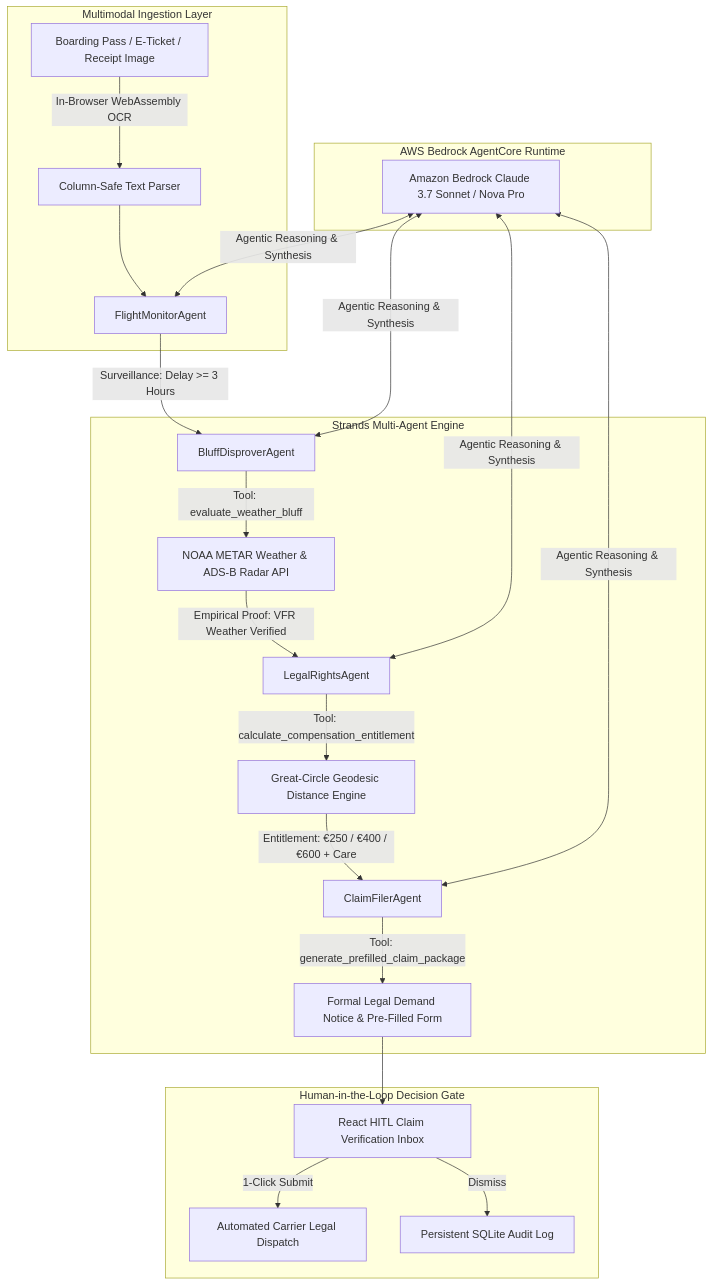
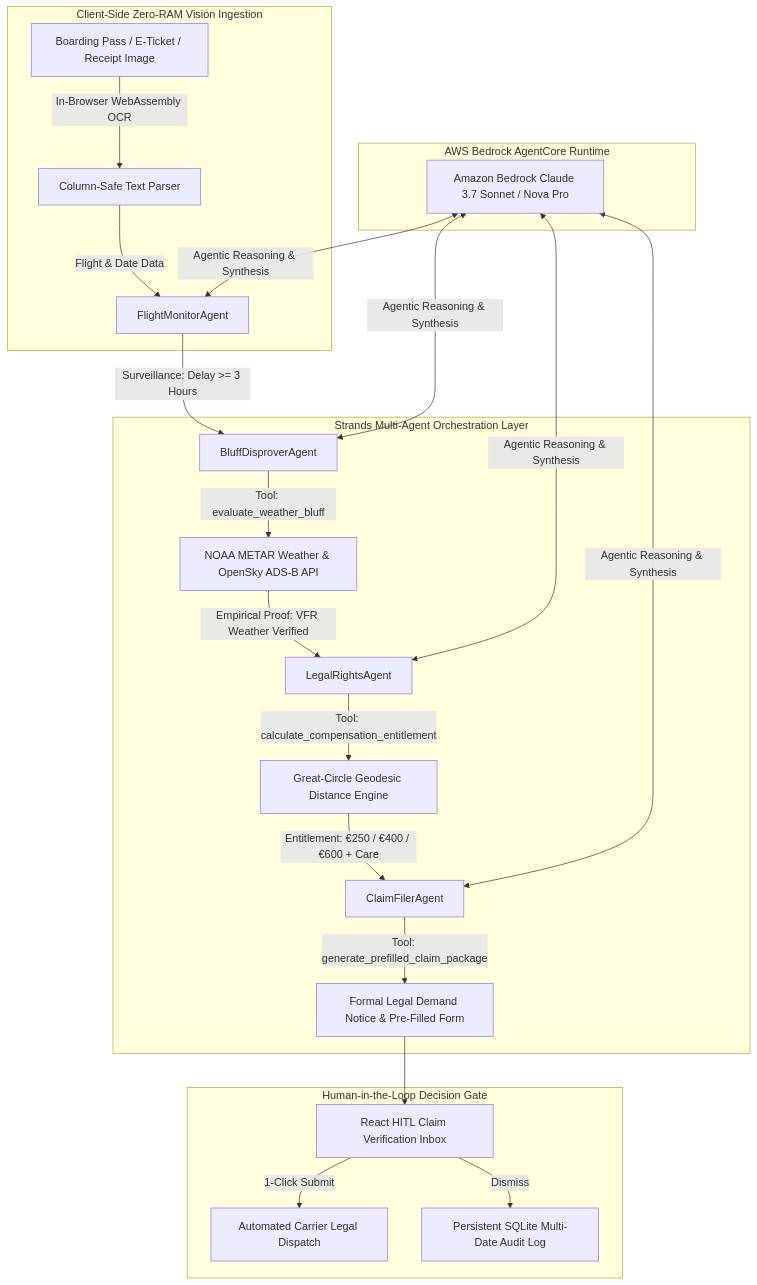
Before and after one commit to barnabas47/OmniClaim-AI: the diagram in README.md, drawn with Mermaid. The commit also changed other lines of this file and 1 other file, not shown here.

````diff
--- a/README.md
+++ b/README.md
@@ -51,29 +115,29 @@
 ```mermaid
 graph TD
-    subgraph "Multimodal Ingestion Layer"
-        A[Boarding Pass / E-Ticket / Receipt Image] -->|In-Browser WebAssembly OCR| B[Column-Safe Text Parser]
-        B --> C[FlightMonitorAgent]
+    subgraph "Client-Side Zero-RAM Vision Ingestion"
+        A["Boarding Pass / E-Ticket / Receipt Image"] -->|In-Browser WebAssembly OCR| B["Column-Safe Text Parser"]
+        B -->|Flight & Date Data| C["FlightMonitorAgent"]
     end
 
-    subgraph "Strands Multi-Agent Engine"
-        C -->|Surveillance: Delay >= 3 Hours| D[BluffDisproverAgent]
-        D -->|Tool: evaluate_weather_bluff| E[NOAA METAR Weather & ADS-B Radar API]
-        E -->|Empirical Proof: VFR Weather Verified| F[LegalRightsAgent]
-        F -->|Tool: calculate_compensation_entitlement| G[Great-Circle Geodesic Distance Engine]
-        G -->|Entitlement: €250 / €400 / €600 + Care| H[ClaimFilerAgent]
-        H -->|Tool: generate_prefilled_claim_package| I[Formal Legal Demand Notice & Pre-Filled Form]
+    subgraph "Strands Multi-Agent Orchestration Layer"
+        C -->|Surveillance: Delay >= 3 Hours| D["BluffDisproverAgent"]
+        D -->|Tool: evaluate_weather_bluff| E["NOAA METAR Weather & OpenSky ADS-B API"]
+        E -->|Empirical Proof: VFR Weather Verified| F["LegalRightsAgent"]
+        F -->|Tool: calculate_compensation_entitlement| G["Great-Circle Geodesic Distance Engine"]
+        G -->|Entitlement: €250 / €400 / €600 + Care| H["ClaimFilerAgent"]
+        H -->|Tool: generate_prefilled_claim_package| I["Formal Legal Demand Notice & Pre-Filled Form"]
     end
 
     subgraph "Human-in-the-Loop Decision Gate"
-        I --> J[React HITL Claim Verification Inbox]
-        J -->|1-Click Submit| K[Automated Carrier Legal Dispatch]
-        J -->|Dismiss| L[Persistent SQLite Audit Log]
+        I --> J["React HITL Claim Verification Inbox"]
+        J -->|1-Click Submit| K["Automated Carrier Legal Dispatch"]
+        J -->|Dismiss| L["Persistent SQLite Multi-Date Audit Log"]
     end
 
     subgraph "AWS Bedrock AgentCore Runtime"
-        M[Amazon Bedrock Claude 3.7 Sonnet / Nova Pro] <-->|Agentic Reasoning & Synthesis| C
+        M["Amazon Bedrock Claude 3.7 Sonnet / Nova Pro"] <-->|Agentic Reasoning & Synthesis| C
         M <-->|Agentic Reasoning & Synthesis| D
         M <-->|Agentic Reasoning & Synthesis| F
         M <-->|Agentic Reasoning & Synthesis| H
     end
 ```
````
